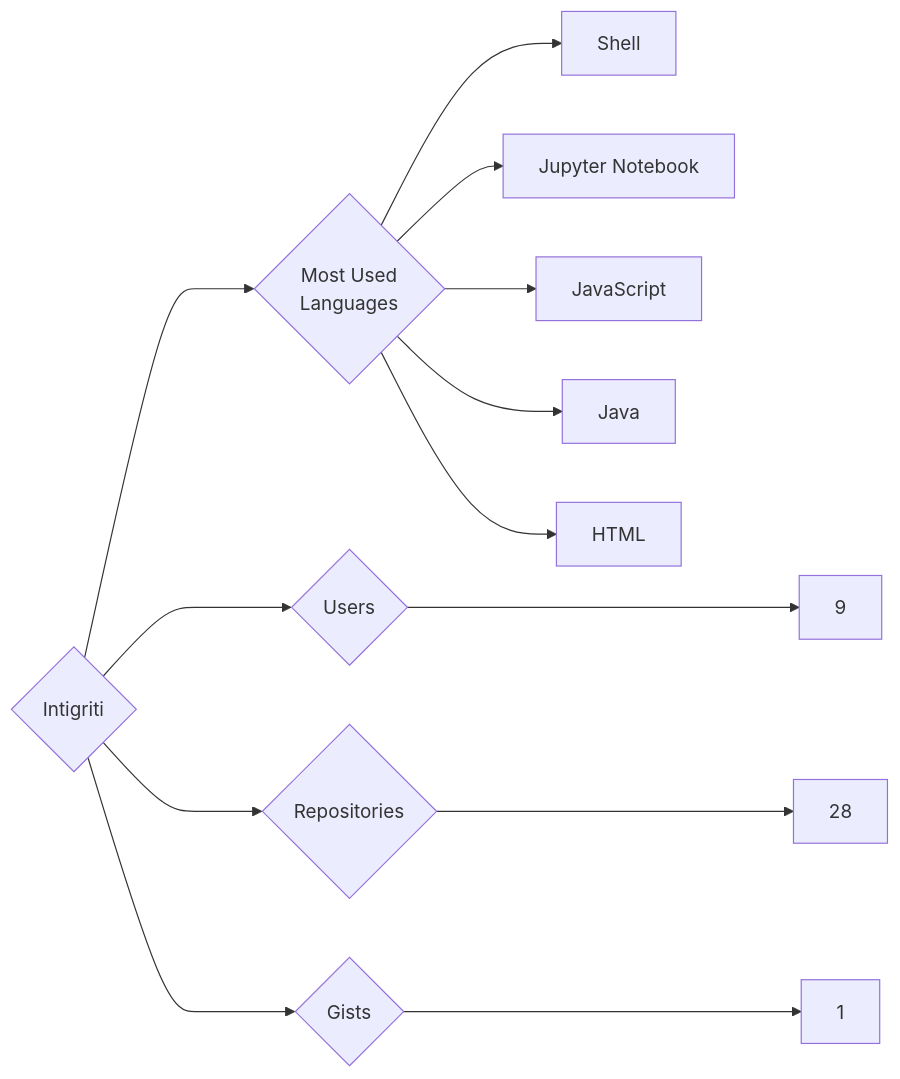
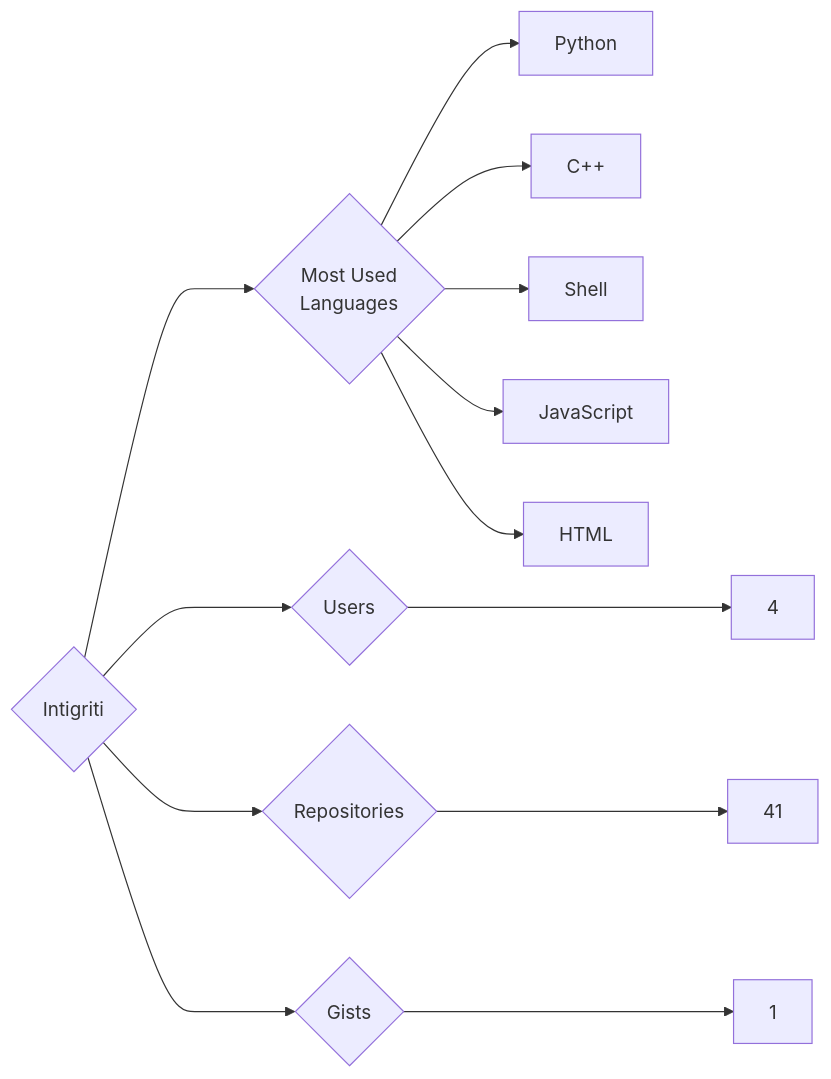
The diagram in targets/Intigriti/README.md (trickest/insiders), drawn with Mermaid before and after one commit. The commit also changed 814 other files, not shown here.

````diff
--- a/targets/Intigriti/README.md
+++ b/targets/Intigriti/README.md
@@ -3,13 +3,13 @@
 ```mermaid
 graph LR
 COMPANY_NAME{Intigriti}
-COMPANY_NAME ---> U{Users} ---> UN[9]
-COMPANY_NAME ---> R{Repositories} ---> RN[28]
+COMPANY_NAME ---> U{Users} ---> UN[4]
+COMPANY_NAME ---> R{Repositories} ---> RN[41]
 COMPANY_NAME ---> G{Gists} ---> GN[1]
 COMPANY_NAME ---> ML{Most Used<br>Languages}
+ML --> Python[Python]
+ML --> C++[C++]
 ML --> Shell[Shell]
-ML --> Jupyter_Notebook[Jupyter Notebook]
 ML --> JavaScript[JavaScript]
-ML --> Java[Java]
 ML --> HTML[HTML]
 ```
````
